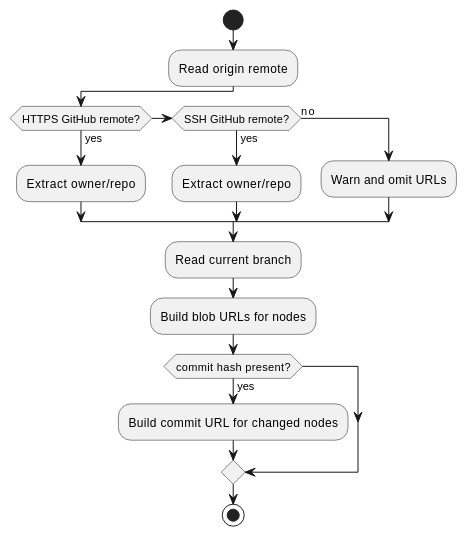
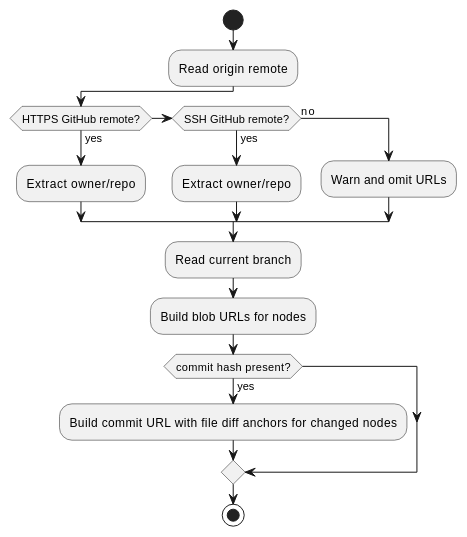
The diagram in spec/modules/GitHub_URL_Resolver.md (apoorvkul/HilBridge), drawn with PlantUML before and after one commit. The commit also changed 35 other files, not shown here.

````diff
--- a/spec/modules/GitHub_URL_Resolver.md
+++ b/spec/modules/GitHub_URL_Resolver.md
@@ -5,19 +5,19 @@
 ```plantuml
 @startuml
 start
 :Read origin remote;
 if (HTTPS GitHub remote?) then (yes)
   :Extract owner/repo;
 elseif (SSH GitHub remote?) then (yes)
   :Extract owner/repo;
 else (no)
   :Warn and omit URLs;
 endif
 :Read current branch;
 :Build blob URLs for nodes;
 if (commit hash present?) then (yes)
-  :Build commit URL for changed nodes;
+  :Build commit URL with file diff anchors for changed nodes;
 endif
 stop
 @enduml
 ```
````
